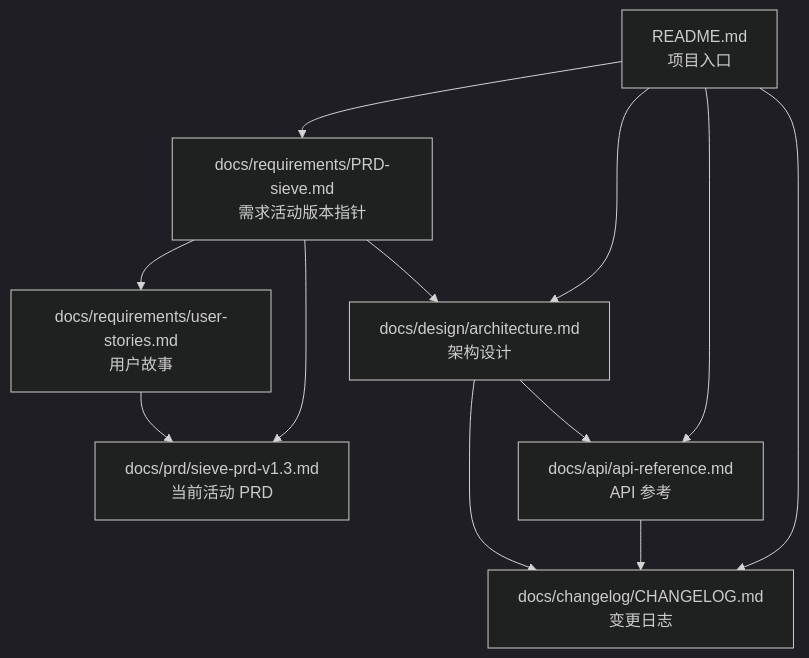
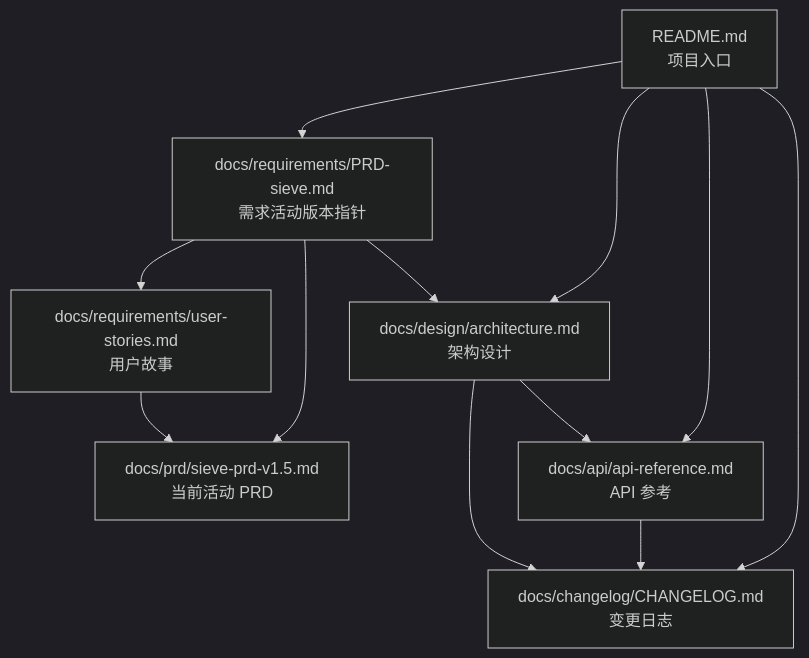
The diagram in README.md (SieveAI-dev/sieve), drawn with Mermaid (dark theme) before and after one commit. The commit also changed other lines of this file and 77 other files, not shown here.

````diff
--- a/README.md
+++ b/README.md
@@ -136,22 +136,22 @@
 ```mermaid
 graph TD
     README[README.md<br/>项目入口]
     REQ[docs/requirements/PRD-sieve.md<br/>需求活动版本指针]
-    PRDv13[docs/prd/sieve-prd-v1.3.md<br/>当前活动 PRD]
+    PRDv14[docs/prd/sieve-prd-v1.5.md<br/>当前活动 PRD]
     US[docs/requirements/user-stories.md<br/>用户故事]
     DESIGN[docs/design/architecture.md<br/>架构设计]
     API[docs/api/api-reference.md<br/>API 参考]
     CL[docs/changelog/CHANGELOG.md<br/>变更日志]
 
     README --> REQ
     README --> DESIGN
     README --> API
     README --> CL
-    REQ --> PRDv13
+    REQ --> PRDv14
     REQ --> US
     REQ --> DESIGN
     DESIGN --> API
     API --> CL
     DESIGN --> CL
-    US --> PRDv13
+    US --> PRDv14
 ```
````
